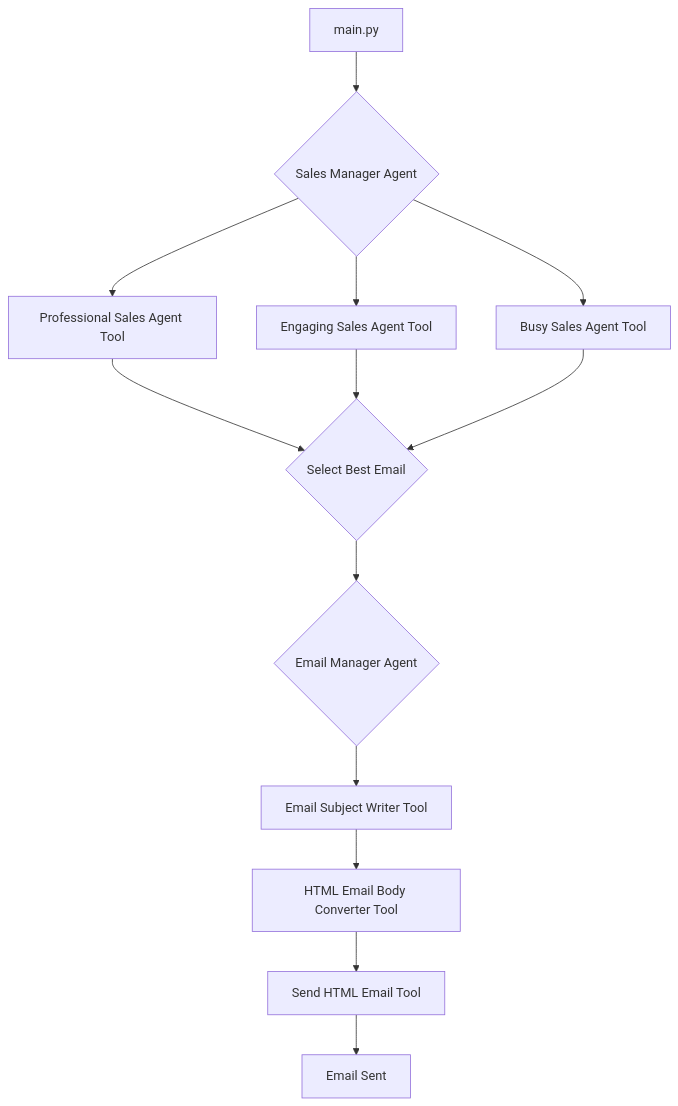
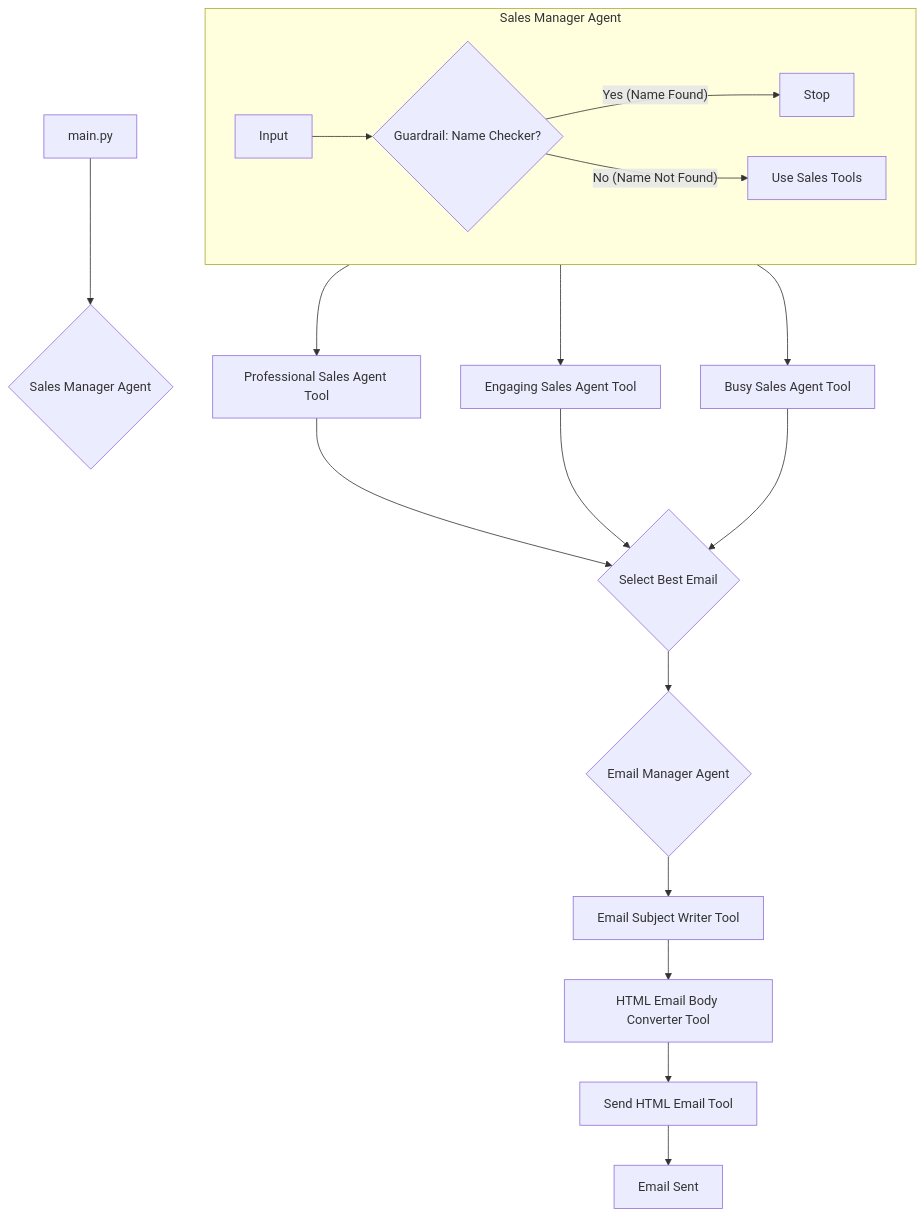
The diagram in sales/README.md (malempatiu/agents-with-openai), drawn with Mermaid before and after one commit.

Commit message:
docs: Update architecture diagram to reflect guardrail

````diff
--- a/sales/README.md
+++ b/sales/README.md
@@ -5,15 +5,25 @@
 ```mermaid
 graph TD
     A[main.py] --> B{Sales Manager Agent};
-    B --> C1[Professional Sales Agent Tool];
-    B --> C2[Engaging Sales Agent Tool];
-    B --> C3[Busy Sales Agent Tool];
+
+    subgraph "Sales Manager Agent"
+        direction LR
+        B_Input[Input] --> Guardrail{Guardrail: Name Checker?};
+        Guardrail -- "Yes (Name Found)" --> Stop[Stop];
+        Guardrail -- "No (Name Not Found)" --> Tools[Use Sales Tools];
+    end
+
+    Tools --> C1[Professional Sales Agent Tool];
+    Tools --> C2[Engaging Sales Agent Tool];
+    Tools --> C3[Busy Sales Agent Tool];
+
     C1 --> D{Select Best Email};
     C2 --> D;
     C3 --> D;
+
     D --> E{Email Manager Agent};
     E --> F[Email Subject Writer Tool];
     F --> G[HTML Email Body Converter Tool];
     G --> H[Send HTML Email Tool];
     H --> I[Email Sent];
 ```
````
